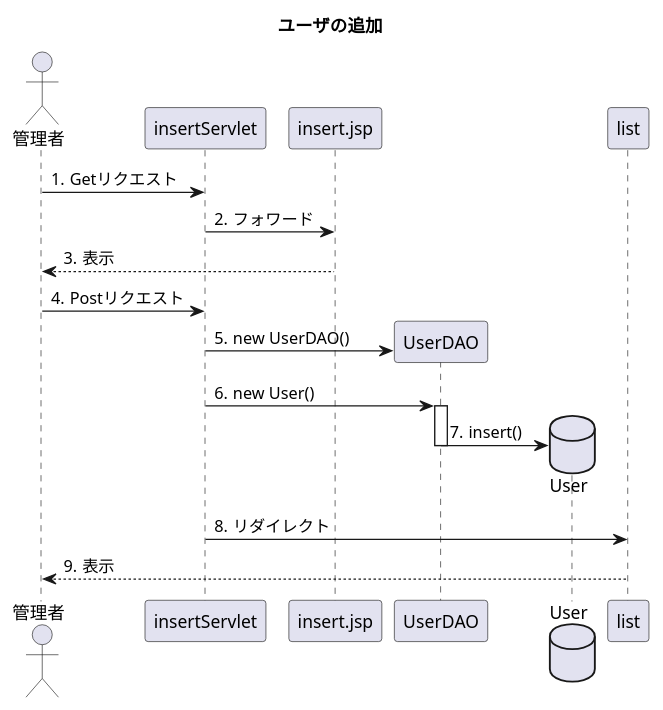
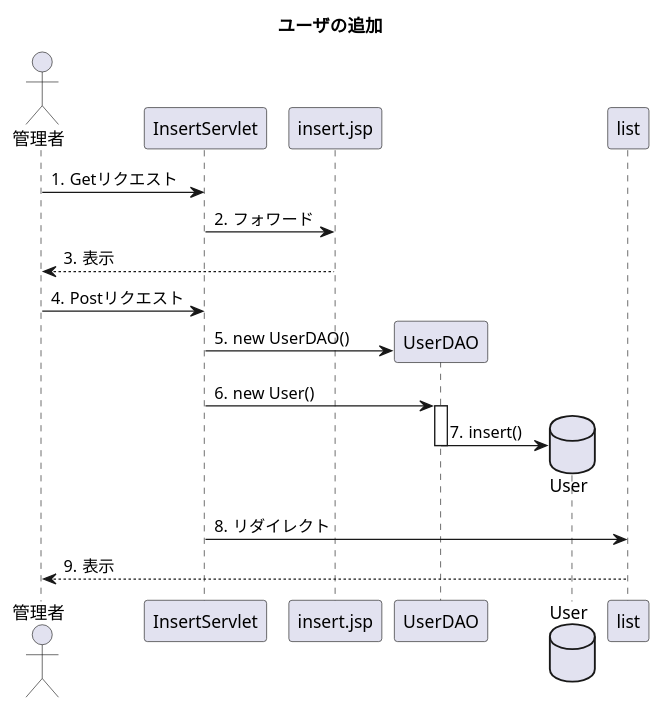
The diagram in uml_detail/seq_insert.pu (toufu66/ProjectC), drawn with PlantUML before and after one commit.

Commit message:
詳細シーケンス ユーザ追加

```diff
--- a/uml_detail/seq_insert.pu
+++ b/uml_detail/seq_insert.pu
@@ -1,24 +1,24 @@
 @startuml
 title ユーザの追加
 
 autonumber "#."
 
 actor 管理者
-participant insertServlet
+participant InsertServlet
 participant insert.jsp
 participant UserDAO
 database User
 
 
-管理者 -> insertServlet:Getリクエスト
-insertServlet -> insert.jsp:フォワード
+管理者 -> InsertServlet:Getリクエスト
+InsertServlet -> insert.jsp:フォワード
 insert.jsp --> 管理者:表示
-管理者 -> insertServlet:Postリクエスト
-insertServlet -> UserDAO**:new UserDAO()
-insertServlet -> UserDAO++:new User()
+管理者 -> InsertServlet:Postリクエスト
+InsertServlet -> UserDAO**:new UserDAO()
+InsertServlet -> UserDAO++:new User()
 UserDAO -> User**:insert()
 UserDAO--
-insertServlet -> list:リダイレクト
+InsertServlet -> list:リダイレクト
 list --> 管理者:表示
 
 @enduml
```
